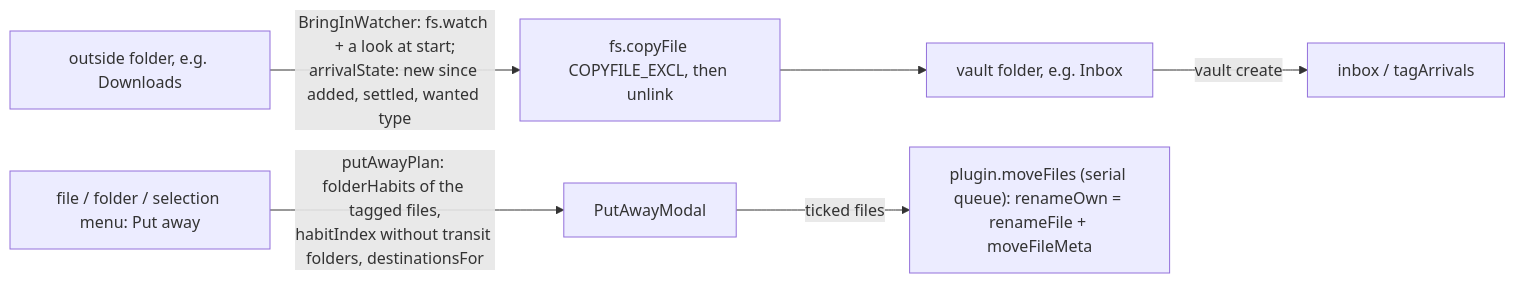
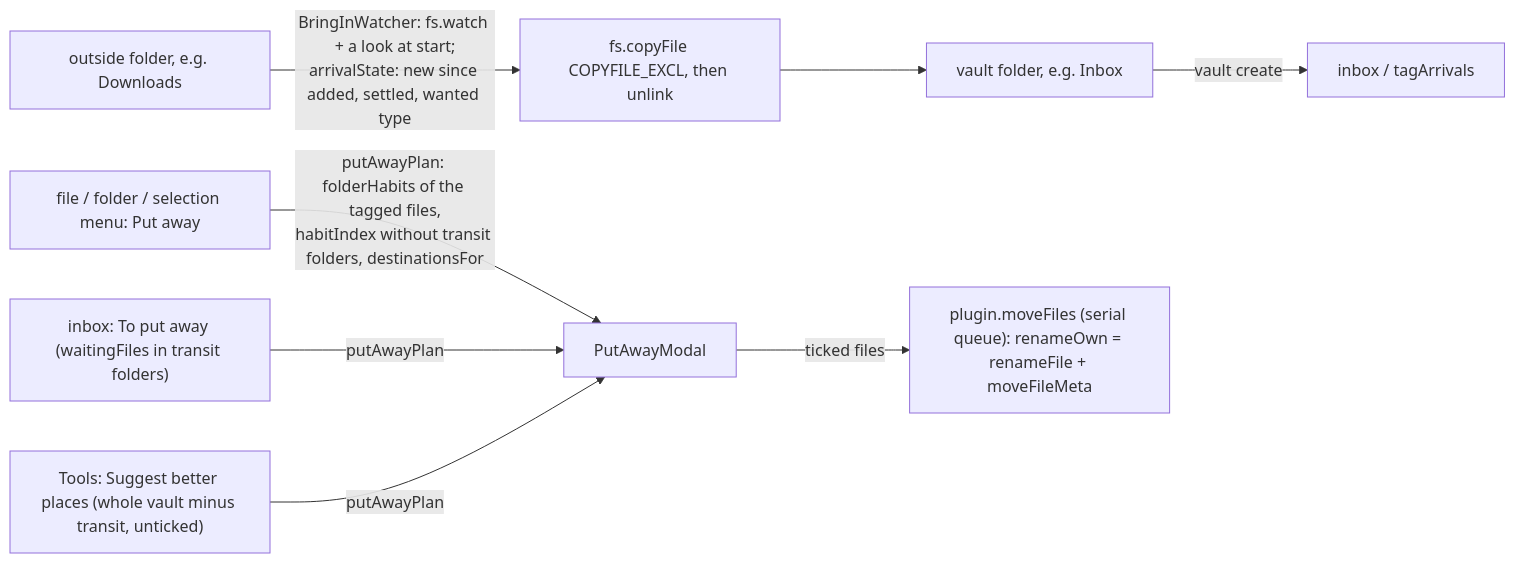
Before and after one commit to AlbanMontaigu/obsidian: the eighth of 12 diagrams in plugins/tag-everything/docs/architecture.md, drawn with Mermaid. The commit also changed other lines of this file and 11 other files, not shown here.

Commit message:
tag-everything 0.38.0: inbox lists the tagged files to put away, Tools suggests better places

````diff
--- a/plugins/tag-everything/docs/architecture.md
+++ b/plugins/tag-everything/docs/architecture.md
@@ -223,7 +223,9 @@
 ```mermaid
 flowchart LR
   out[outside folder, e.g. Downloads] -->|"BringInWatcher: fs.watch + a look at start;<br/>arrivalState: new since added, settled, wanted type"| copy["fs.copyFile COPYFILE_EXCL, then unlink"]
   copy --> vault[vault folder, e.g. Inbox] -->|vault create| inbox[inbox / tagArrivals]
   menu["file / folder / selection menu: Put away"] -->|"putAwayPlan: folderHabits of the tagged files,<br/>habitIndex without transit folders, destinationsFor"| modal[PutAwayModal]
+  inboxp["inbox: To put away (waitingFiles in transit folders)"] -->|putAwayPlan| modal
+  tools["Tools: Suggest better places (whole vault minus transit, unticked)"] -->|putAwayPlan| modal
   modal -->|ticked files| move["plugin.moveFiles (serial queue): renameOwn = renameFile + moveFileMeta"]
 ```
````
